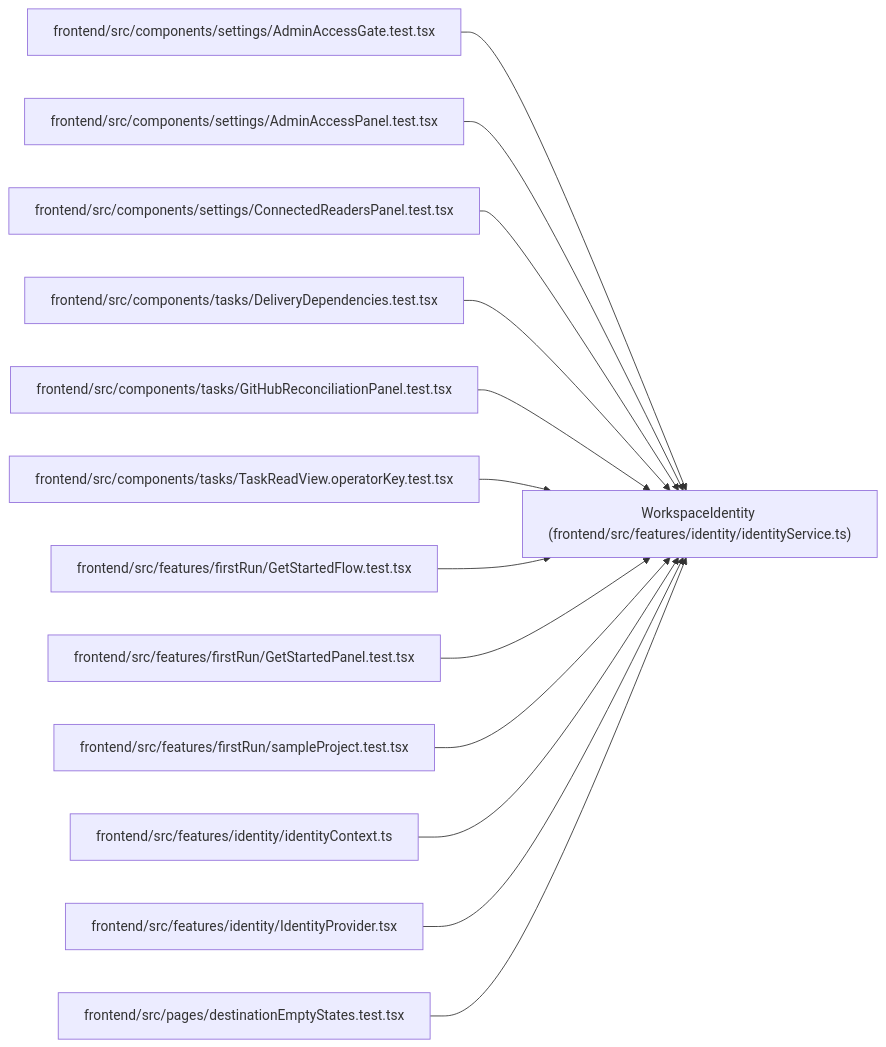
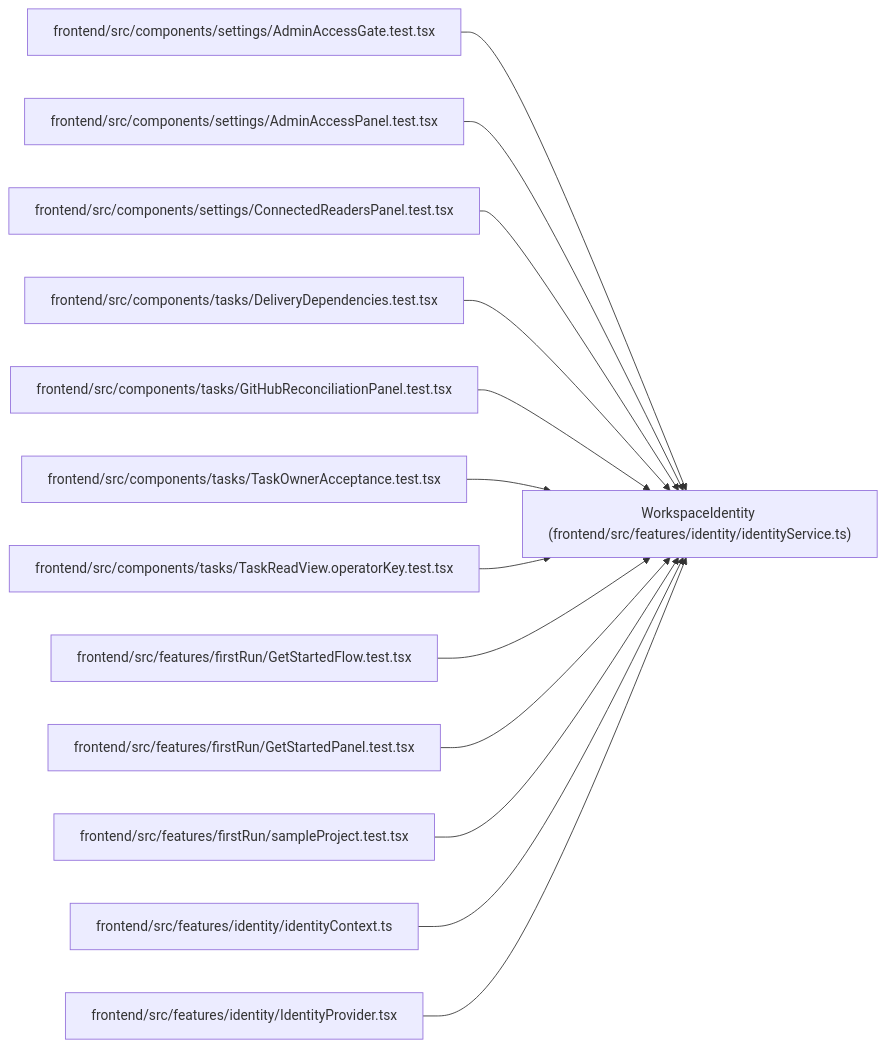
The diagram in docs/llm_wiki/entities/WorkspaceIdentity.md (Denissvgn/WorkChord), drawn with Mermaid before and after one commit. The commit also changed other lines of this file and 520 other files, not shown here.

Commit message:
Sync the architectural wiki for owner acceptance on the task page

````diff
--- a/docs/llm_wiki/entities/WorkspaceIdentity.md
+++ b/docs/llm_wiki/entities/WorkspaceIdentity.md
@@ -36,41 +36,41 @@
 ```mermaid
 flowchart LR
     n0["WorkspaceIdentity (frontend/src/features/identity/identityService.ts)"]
     n1["frontend/src/components/settings/AdminAccessGate.test.tsx"]
     n2["frontend/src/components/settings/AdminAccessPanel.test.tsx"]
     n3["frontend/src/components/settings/ConnectedReadersPanel.test.tsx"]
     n4["frontend/src/components/tasks/DeliveryDependencies.test.tsx"]
     n5["frontend/src/components/tasks/GitHubReconciliationPanel.test.tsx"]
-    n6["frontend/src/components/tasks/TaskReadView.operatorKey.test.tsx"]
-    n7["frontend/src/features/firstRun/GetStartedFlow.test.tsx"]
-    n8["frontend/src/features/firstRun/GetStartedPanel.test.tsx"]
-    n9["frontend/src/features/firstRun/sampleProject.test.tsx"]
-    n10["frontend/src/features/identity/identityContext.ts"]
-    n11["frontend/src/features/identity/IdentityProvider.tsx"]
-    n12["frontend/src/pages/destinationEmptyStates.test.tsx"]
+    n6["frontend/src/components/tasks/TaskOwnerAcceptance.test.tsx"]
+    n7["frontend/src/components/tasks/TaskReadView.operatorKey.test.tsx"]
+    n8["frontend/src/features/firstRun/GetStartedFlow.test.tsx"]
+    n9["frontend/src/features/firstRun/GetStartedPanel.test.tsx"]
+    n10["frontend/src/features/firstRun/sampleProject.test.tsx"]
+    n11["frontend/src/features/identity/identityContext.ts"]
+    n12["frontend/src/features/identity/IdentityProvider.tsx"]
     n1 --> n0
     n2 --> n0
     n3 --> n0
     n4 --> n0
     n5 --> n0
     n6 --> n0
     n7 --> n0
     n8 --> n0
     n9 --> n0
     n10 --> n0
     n11 --> n0
     n12 --> n0
     click n0 "../modules/identityService.md"
     click n1 "../modules/AdminAccessGate.test.md"
     click n2 "../modules/AdminAccessPanel.test.md"
     click n3 "../modules/ConnectedReadersPanel.test.md"
     click n4 "../modules/DeliveryDependencies.test.md"
     click n5 "../modules/GitHubReconciliationPanel.test.md"
-    click n6 "../modules/TaskReadView.operatorKey.test.md"
-    click n7 "../modules/GetStartedFlow.test.md"
-    click n8 "../modules/GetStartedPanel.test.md"
-    click n9 "../modules/sampleProject.test.md"
-    click n10 "../modules/identityContext.md"
-    click n11 "../modules/IdentityProvider.md"
-    click n12 "../modules/destinationEmptyStates.test.md"
+    click n6 "../modules/TaskOwnerAcceptance.test.md"
+    click n7 "../modules/TaskReadView.operatorKey.test.md"
+    click n8 "../modules/GetStartedFlow.test.md"
+    click n9 "../modules/GetStartedPanel.test.md"
+    click n10 "../modules/sampleProject.test.md"
+    click n11 "../modules/identityContext.md"
+    click n12 "../modules/IdentityProvider.md"
 ```
````
